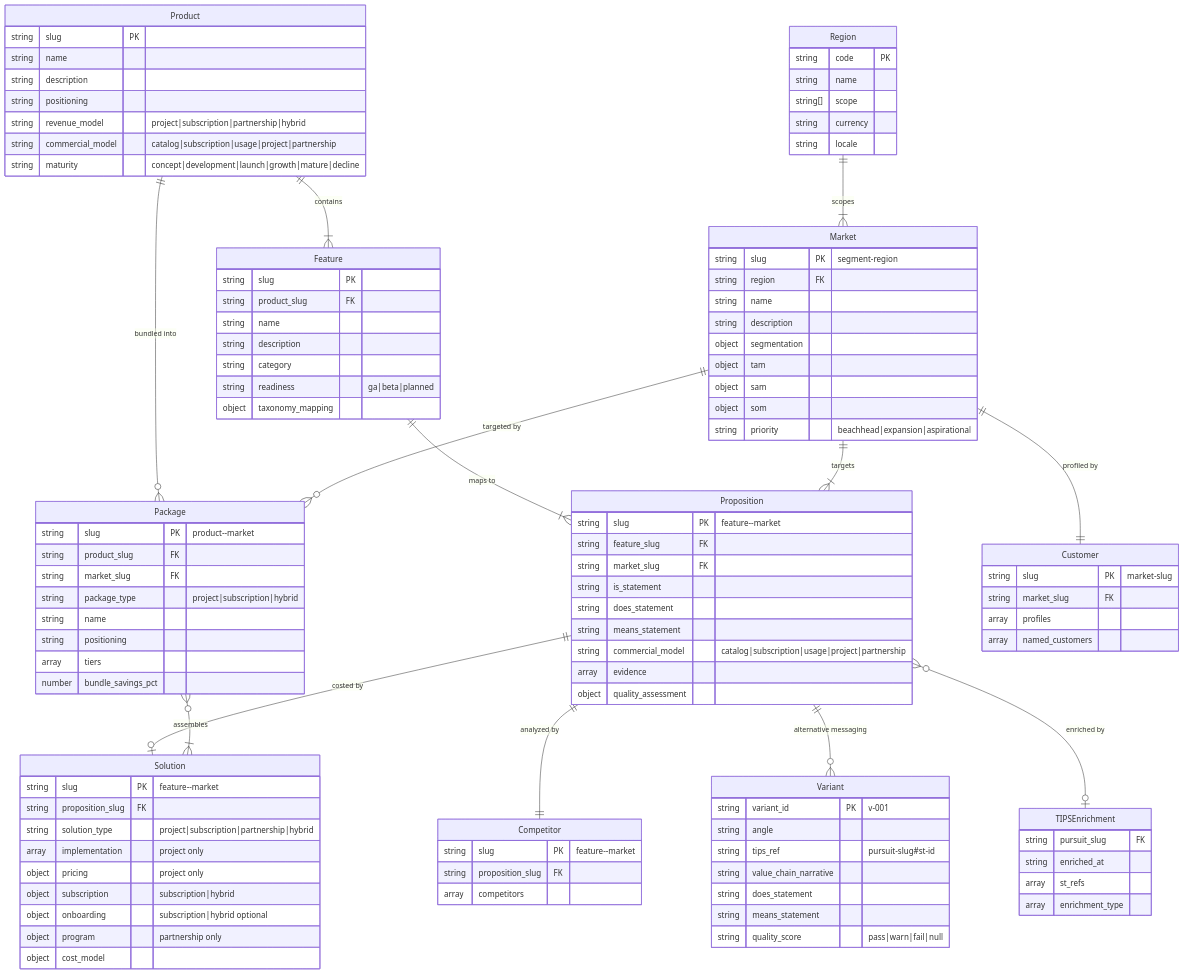
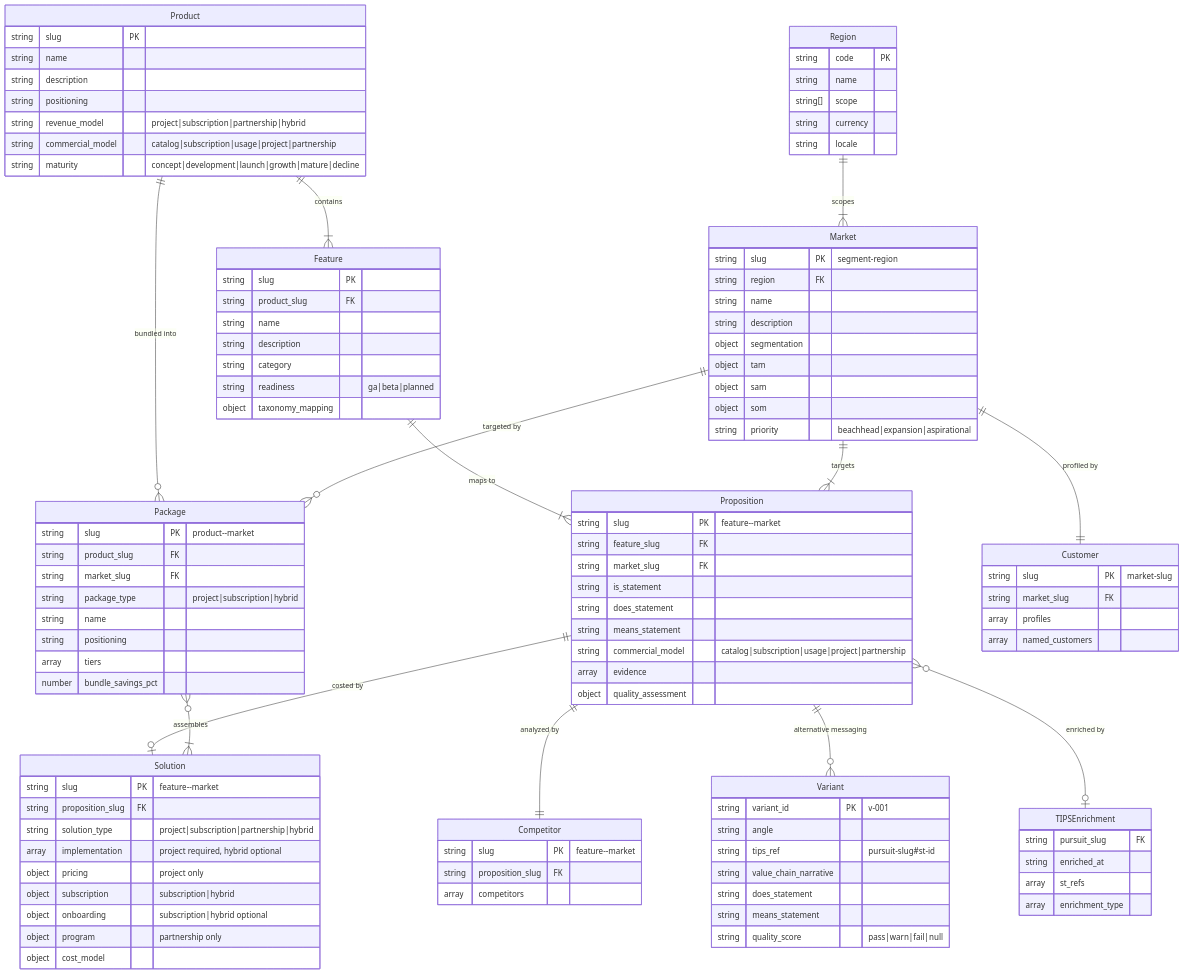
One commit to cogni-work/cogni-works changed the diagram in cogni-portfolio/references/data-model.md. Above: the diagram before and after it, drawn with Mermaid. The commit also changed other lines of this file and 3 other files, not shown here.

Commit message:
revise(cogni-portfolio): migrate hybrid implementation semantics into canonical, correct test rationale and plugin-root scope

```diff
--- a/cogni-portfolio/references/data-model.md
+++ b/cogni-portfolio/references/data-model.md
@@ -1226,7 +1228,7 @@
         string slug PK "feature--market"
         string proposition_slug FK
         string solution_type "project|subscription|partnership|hybrid"
-        array implementation "project only"
+        array implementation "project required, hybrid optional"
         object pricing "project only"
         object subscription "subscription|hybrid"
         object onboarding "subscription|hybrid optional"
```
